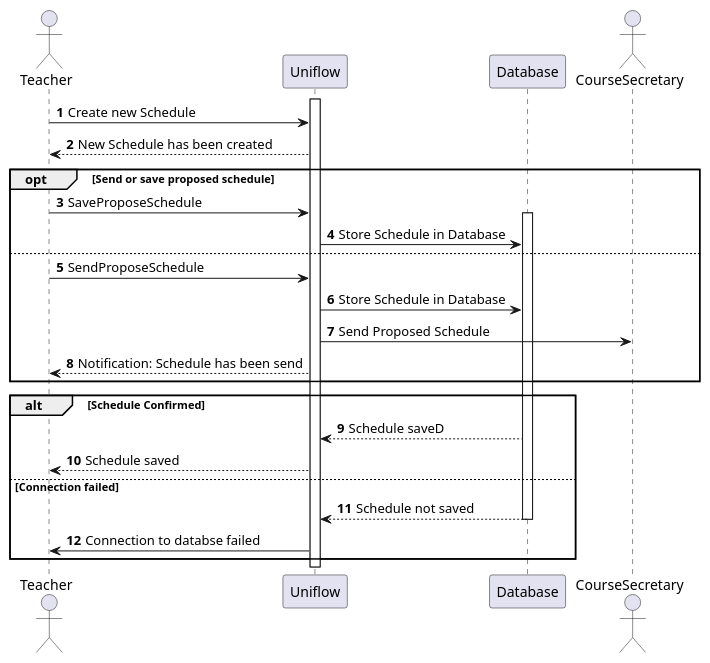
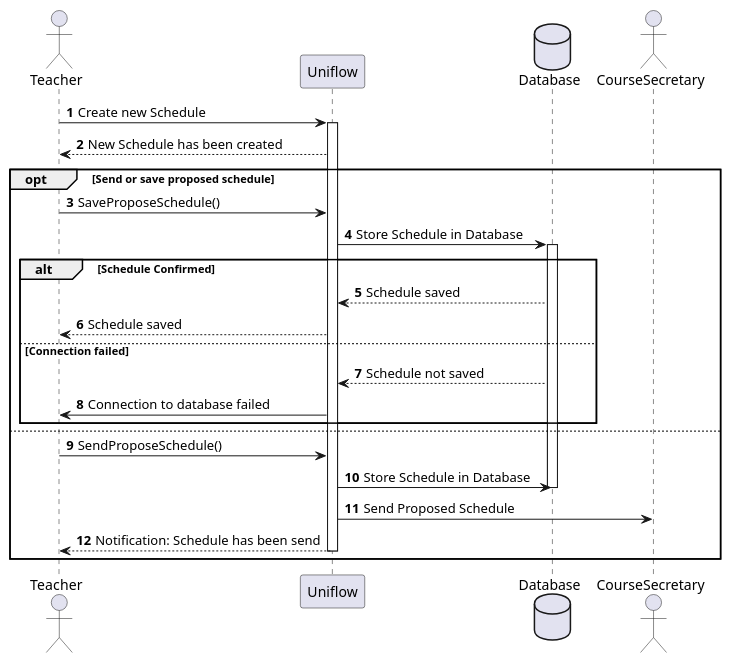
Before and after one commit to frejabauch/Systemudvikling_FSIS: the diagram in Diagrams/SSD.puml, drawn with PlantUML.

Commit message:
updated SSD

```diff
--- a/Diagrams/SSD.puml
+++ b/Diagrams/SSD.puml
@@ -1,56 +1,62 @@
 @startuml Propose schedule
 
 ' autonumber
 ' actor Teacher
 ' Teacher -> System: Login
 
 ' activate System
 ' activate Database
 
 ' System -> Database: Verificer bruger
 ' alt succesfuldt login
 '     Database --> System: Bruger ok
 '     System -> Teacher: Menu
 
 ' else Bruger ikke fundet
 '     Database --> System: Invalid bruger
 '     System -> Teacher: Log ud
 
 ' end
 
 ' Teacher -> System:request course schedule change
 ' activate HR
 ' System -> HR: Request to HR
 ' HR -> System:Answer that request is received
 ' System->Teacher:Show new message in inbox
 
 autonumber
 actor Teacher
-activate Uniflow
+participant Uniflow
+database Database
+actor CourseSecretary
 
 Teacher -> Uniflow : Create new Schedule
+activate Uniflow
 Uniflow --> Teacher : New Schedule has been created
 
 opt Send or save proposed schedule
-Teacher -> Uniflow: SaveProposeSchedule
+Teacher -> Uniflow: SaveProposeSchedule()
+
+Uniflow -> Database: Store Schedule in Database
 activate Database
+
+alt Schedule Confirmed
+Uniflow <-- Database: Schedule saved
+Teacher <-- Uniflow: Schedule saved
+else Connection failed
+Uniflow <-- Database: Schedule not saved
+Teacher <- Uniflow: Connection to database failed
+end
+
+
+else
+Teacher -> Uniflow: SendProposeSchedule()
 Uniflow -> Database: Store Schedule in Database
-else
-Teacher -> Uniflow: SendProposeSchedule
-Uniflow -> Database: Store Schedule in Database
-actor CourseSecretary
+deactivate Database
+
 Uniflow -> CourseSecretary: Send Proposed Schedule
 Uniflow --> Teacher : Notification: Schedule has been send
-end
-
-alt Schedule Confirmed
-Uniflow <-- Database: Schedule saveD
-Teacher <-- Uniflow: Schedule saved
-
-else Connection failed
-Uniflow <-- Database: Schedule not saved
-deactivate Database
-Teacher <- Uniflow: Connection to databse failed
+deactivate Uniflow
 end
 
 @enduml
```
